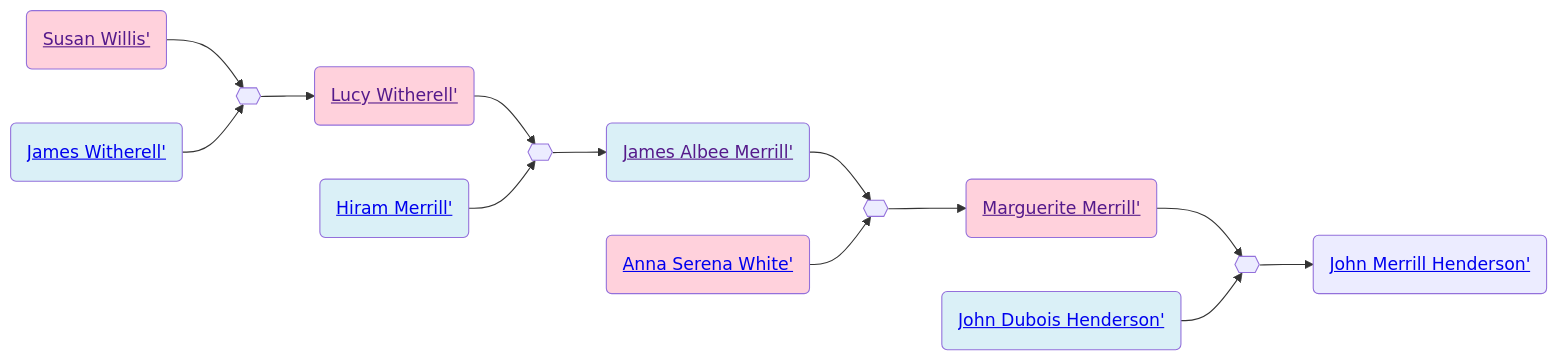
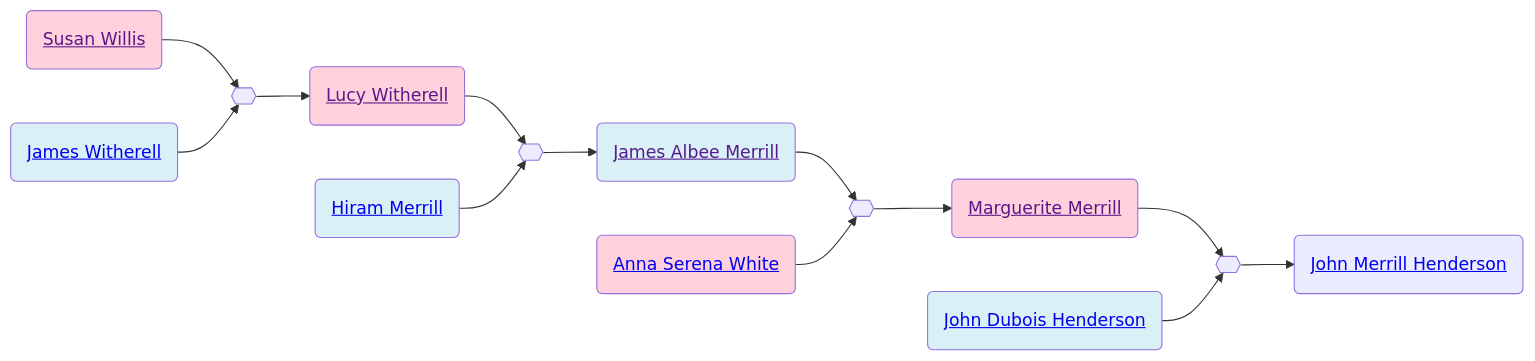
One commit to neelsmith/avocational changed the diagram in familyhistory/sources/people/Merrill-line/Willis-line/Susan_Willis.qmd. Above: the diagram before and after it, drawn with Mermaid. The commit also changed 96 other files, not shown here.

````diff
--- a/familyhistory/sources/people/Merrill-line/Willis-line/Susan_Willis.qmd
+++ b/familyhistory/sources/people/Merrill-line/Willis-line/Susan_Willis.qmd
@@ -26,32 +26,32 @@
 ```{mermaid}
 graph LR
 %% LR descendant diagram
 class Susan_Willis_and_James_Witherell marriage
-Susan_Willis(<a href=''>Susan Willis'</>) --> Susan_Willis_and_James_Witherell{{ }}
-James_Witherell(<a href='./../James_Witherell.html'>James Witherell'</>) --> Susan_Willis_and_James_Witherell{{ }}
+Susan_Willis(<a href=''>Susan Willis</a>) --> Susan_Willis_and_James_Witherell{{ }}
+James_Witherell(<a href='./../James_Witherell.html'>James Witherell</a>) --> Susan_Willis_and_James_Witherell{{ }}
 class James_Witherell father
 class Susan_Willis mother
-Susan_Willis_and_James_Witherell{{ }} --> Lucy_Witherell(<a href='./../Lucy_Witherell.html'>Lucy Witherell'</>)
+Susan_Willis_and_James_Witherell{{ }} --> Lucy_Witherell(<a href='./../Lucy_Witherell.html'>Lucy Witherell</a>)
 class Lucy_Witherell_and_Hiram_Merrill marriage
-Lucy_Witherell(<a href=''>Lucy Witherell'</>) --> Lucy_Witherell_and_Hiram_Merrill{{ }}
-Hiram_Merrill(<a href='./Hiram_Merrill.html'>Hiram Merrill'</>) --> Lucy_Witherell_and_Hiram_Merrill{{ }}
+Lucy_Witherell(<a href=''>Lucy Witherell</a>) --> Lucy_Witherell_and_Hiram_Merrill{{ }}
+Hiram_Merrill(<a href='./Hiram_Merrill.html'>Hiram Merrill</a>) --> Lucy_Witherell_and_Hiram_Merrill{{ }}
 class Hiram_Merrill father
 class Lucy_Witherell mother
-Lucy_Witherell_and_Hiram_Merrill{{ }} --> James_Albee_Merrill(<a href='./James_Albee_Merrill.html'>James Albee Merrill'</>)
+Lucy_Witherell_and_Hiram_Merrill{{ }} --> James_Albee_Merrill(<a href='./James_Albee_Merrill.html'>James Albee Merrill</a>)
 class James_Albee_Merrill_and_Anna_Serena_White marriage
-James_Albee_Merrill(<a href=''>James Albee Merrill'</>) --> James_Albee_Merrill_and_Anna_Serena_White{{ }}
-Anna_Serena_White(<a href='./White-line/Anna_Serena_White.html'>Anna Serena White'</>) --> James_Albee_Merrill_and_Anna_Serena_White{{ }}
+James_Albee_Merrill(<a href=''>James Albee Merrill</a>) --> James_Albee_Merrill_and_Anna_Serena_White{{ }}
+Anna_Serena_White(<a href='./White-line/Anna_Serena_White.html'>Anna Serena White</a>) --> James_Albee_Merrill_and_Anna_Serena_White{{ }}
 class James_Albee_Merrill father
 class Anna_Serena_White mother
-James_Albee_Merrill_and_Anna_Serena_White{{ }} --> Marguerite_Merrill(<a href='./Marguerite_Merrill.html'>Marguerite Merrill'</>)
+James_Albee_Merrill_and_Anna_Serena_White{{ }} --> Marguerite_Merrill(<a href='./Marguerite_Merrill.html'>Marguerite Merrill</a>)
 class Marguerite_Merrill_and_John_Dubois_Henderson marriage
-Marguerite_Merrill(<a href=''>Marguerite Merrill'</>) --> Marguerite_Merrill_and_John_Dubois_Henderson{{ }}
-John_Dubois_Henderson(<a href='./../Henderson-line/John_Dubois_Henderson.html'>John Dubois Henderson'</>) --> Marguerite_Merrill_and_John_Dubois_Henderson{{ }}
+Marguerite_Merrill(<a href=''>Marguerite Merrill</a>) --> Marguerite_Merrill_and_John_Dubois_Henderson{{ }}
+John_Dubois_Henderson(<a href='./../Henderson-line/John_Dubois_Henderson.html'>John Dubois Henderson</a>) --> Marguerite_Merrill_and_John_Dubois_Henderson{{ }}
 class John_Dubois_Henderson father
 class Marguerite_Merrill mother
-Marguerite_Merrill_and_John_Dubois_Henderson{{ }} --> John_Merrill_Henderson(<a href='./../Henderson-line/John_Merrill_Henderson.html'>John Merrill Henderson'</>)
+Marguerite_Merrill_and_John_Dubois_Henderson{{ }} --> John_Merrill_Henderson(<a href='./../Henderson-line/John_Merrill_Henderson.html'>John Merrill Henderson</a>)
 classDef mother fill:#ffd1dc
 classDef father fill:#daf0f7  
 classDef marriage fill:#ffffff
 
 ```
````
